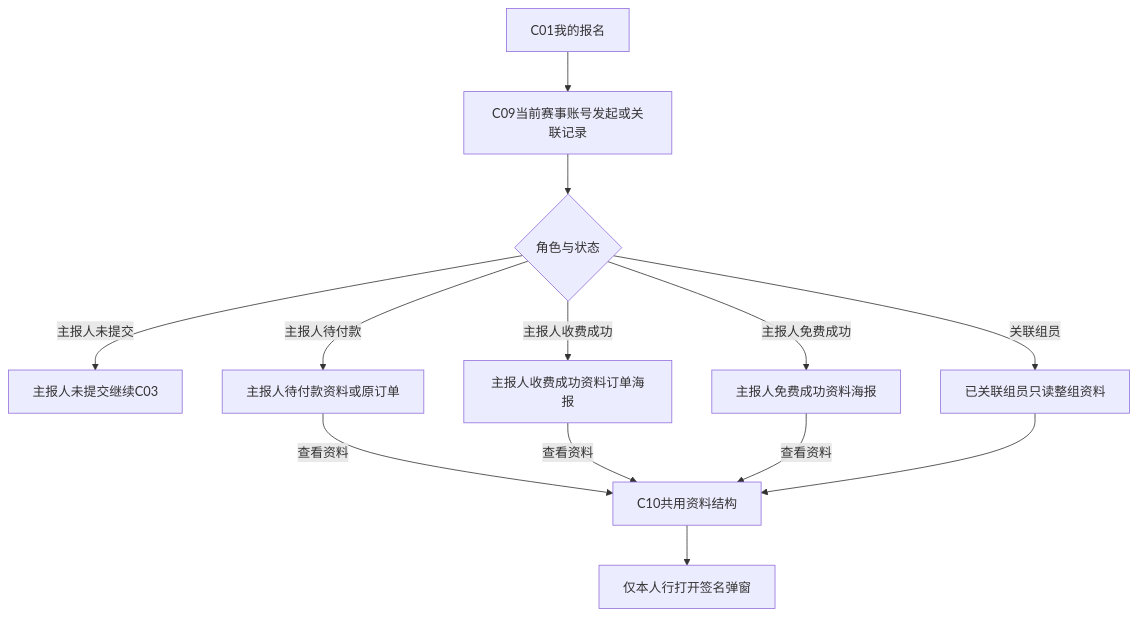
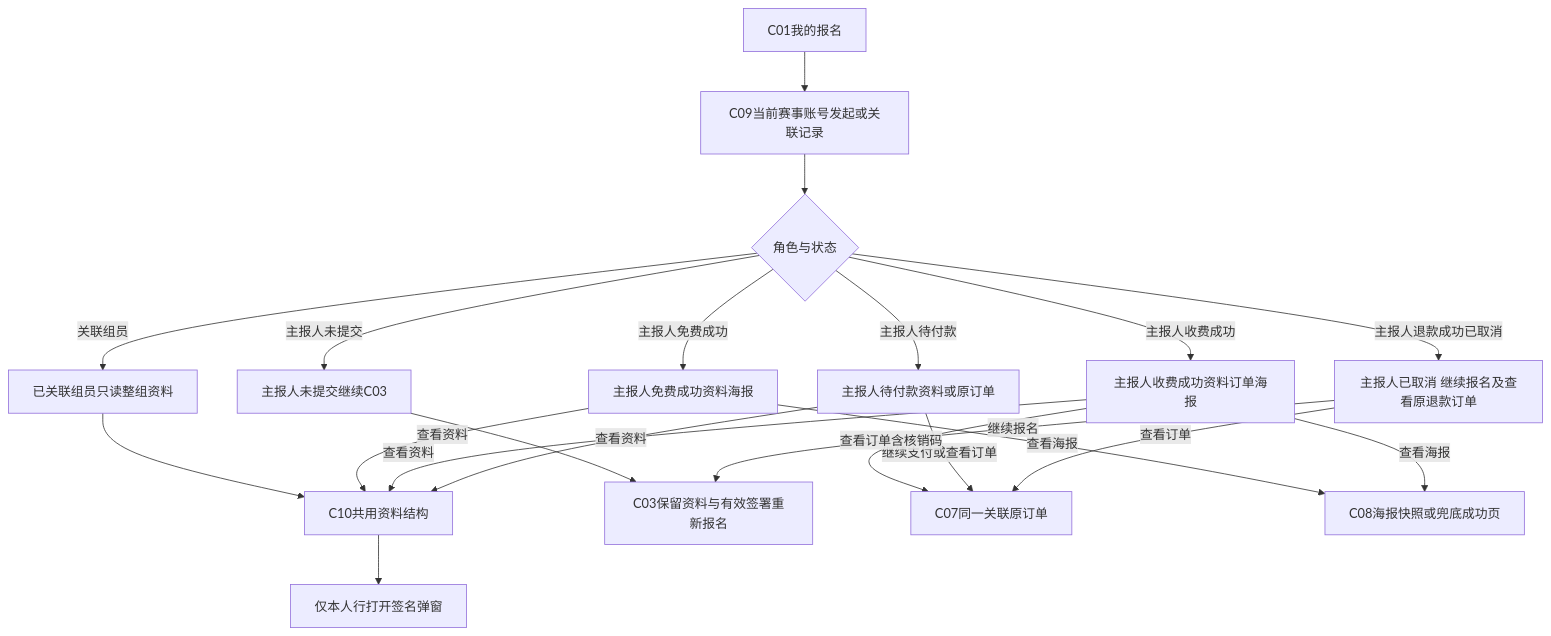
One commit to susantung/yanuoda changed the sixth of 8 diagrams in dev-test-versions/2026-event-registration-20261110/方案与需求/2026-event-registration-20261110/02-全程流程图.md. Above: the diagram before and after it, drawn with Mermaid. The commit also changed other lines of this file and 19 other files, not shown here.

Commit message:
Unify event documentation menus and update confirmed registration flows

````diff
--- a/dev-test-versions/2026-event-registration-20261110/方案与需求/2026-event-registration-20261110/02-全程流程图.md
+++ b/dev-test-versions/2026-event-registration-20261110/方案与需求/2026-event-registration-20261110/02-全程流程图.md
@@ -204,25 +210,37 @@
 ```mermaid
 flowchart TD
  A[C01我的报名]
  B[C09当前赛事账号发起或关联记录]
  C{角色与状态}
  D[主报人未提交继续C03]
  E[主报人待付款资料或原订单]
  F[主报人收费成功资料订单海报]
  G[主报人免费成功资料海报]
  H[已关联组员只读整组资料]
  I[C10共用资料结构]
  J[仅本人行打开签名弹窗]
+ K[主报人已取消 继续报名及查看原退款订单]
+ L[C03保留资料与有效签署重新报名]
+ M[C07同一关联原订单]
+ N[C08海报快照或兜底成功页]
  A --> B
  B --> C
  C -->|主报人未提交| D
  C -->|主报人待付款| E
  C -->|主报人收费成功| F
  C -->|主报人免费成功| G
  C -->|关联组员| H
+ C -->|主报人退款成功已取消| K
+ K -->|继续报名| L
+ K -->|查看订单| M
+ D --> L
+ E -->|继续支付或查看订单| M
+ F -->|查看订单含核销码| M
+ F -->|查看海报| N
+ G -->|查看海报| N
  E -->|查看资料| I
  F -->|查看资料| I
  G -->|查看资料| I
  H --> I
  I --> J
 ```
````
